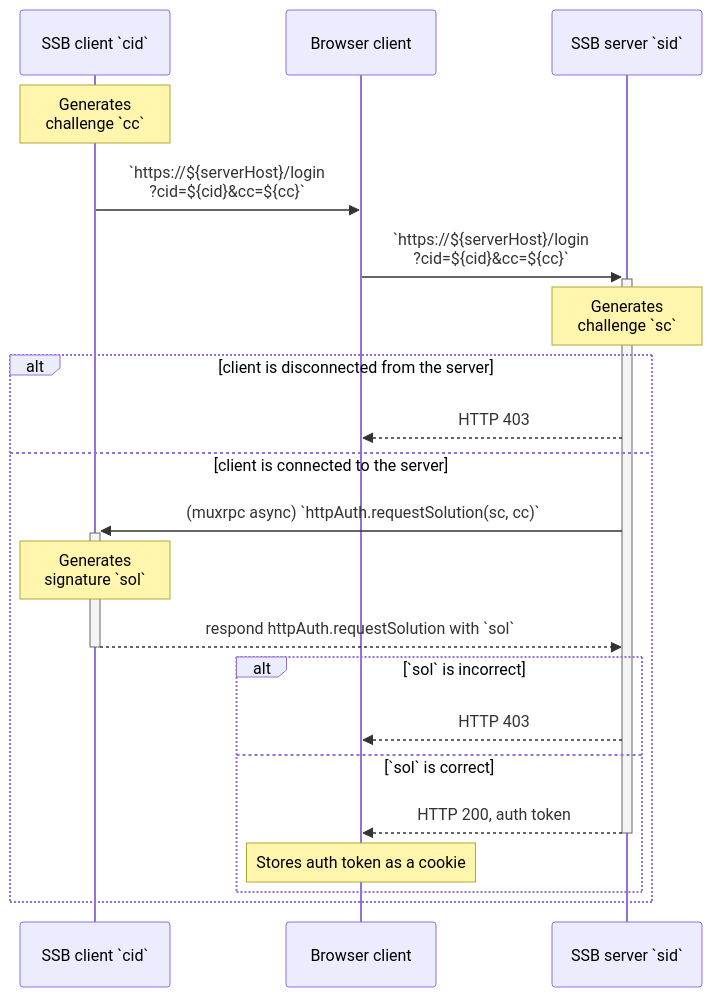
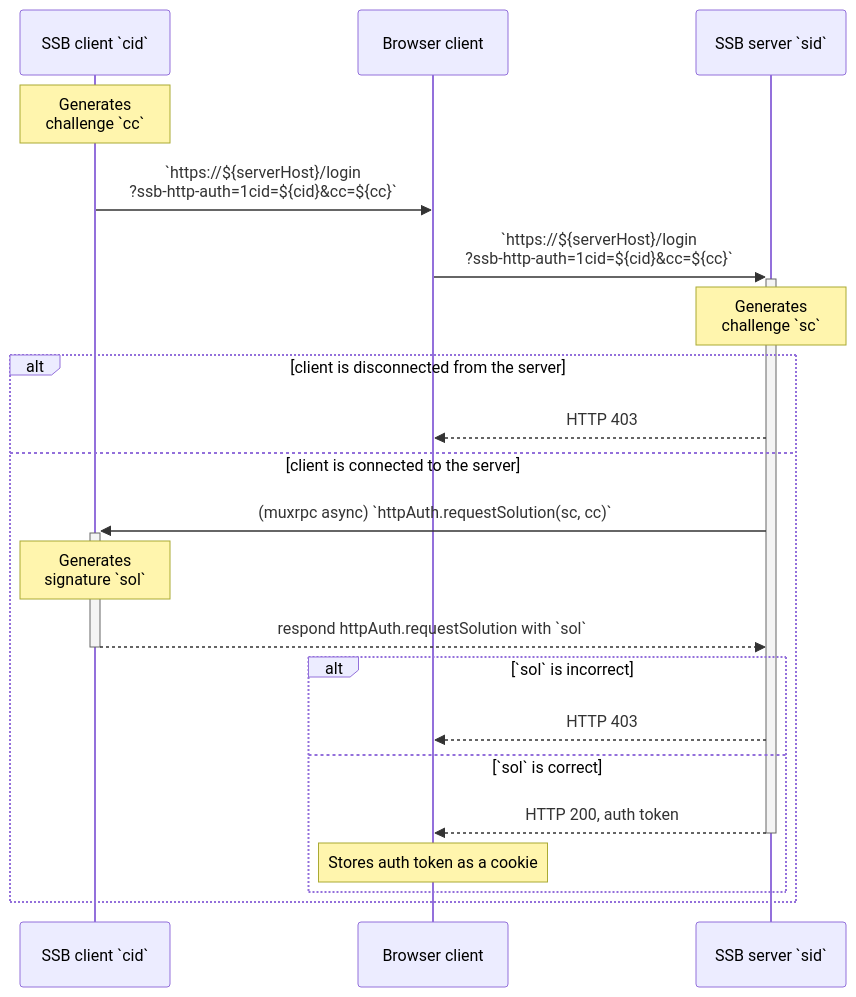
Before and after one commit to ssbc/ssb-http-auth-spec: the diagram in docs/Specification/Client-initiated.md, drawn with Mermaid. The commit also changed 5 other files, not shown here.

Commit message:
client-initiated requires /login?ssb-http-auth=1

````diff
--- a/docs/Specification/Client-initiated.md
+++ b/docs/Specification/Client-initiated.md
@@ -7,24 +7,24 @@
 ```mermaid
 sequenceDiagram
   participant Umux as SSB client `cid`
   participant Uweb as Browser client
   participant Serv as SSB server `sid`
 
   note over Umux: Generates<br/>challenge `cc`
-  Umux->>Uweb: `https://${serverHost}/login<br/>?cid=${cid}&cc=${cc}`
-  Uweb->>+Serv: `https://${serverHost}/login<br/>?cid=${cid}&cc=${cc}`
+  Umux->>Uweb: `https://${serverHost}/login<br/>?ssb-http-auth=1cid=${cid}&cc=${cc}`
+  Uweb->>+Serv: `https://${serverHost}/login<br/>?ssb-http-auth=1cid=${cid}&cc=${cc}`
   Note over Serv: Generates<br/>challenge `sc`
   alt client is disconnected from the server
     Serv-->>Uweb: HTTP 403
   else client is connected to the server
     Serv->>+Umux: (muxrpc async) `httpAuth.requestSolution(sc, cc)`
     Note over Umux: Generates<br/>signature `sol`
     Umux-->>-Serv: respond httpAuth.requestSolution with `sol`
     alt `sol` is incorrect
       Serv-->>Uweb: HTTP 403
     else `sol` is correct
       Serv-->>-Uweb: HTTP 200, auth token
       Note over Uweb: Stores auth token as a cookie
     end
   end
 ```
````
